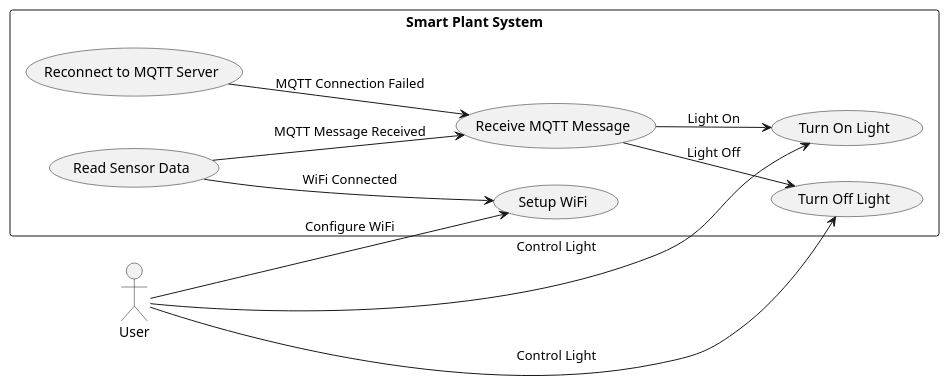
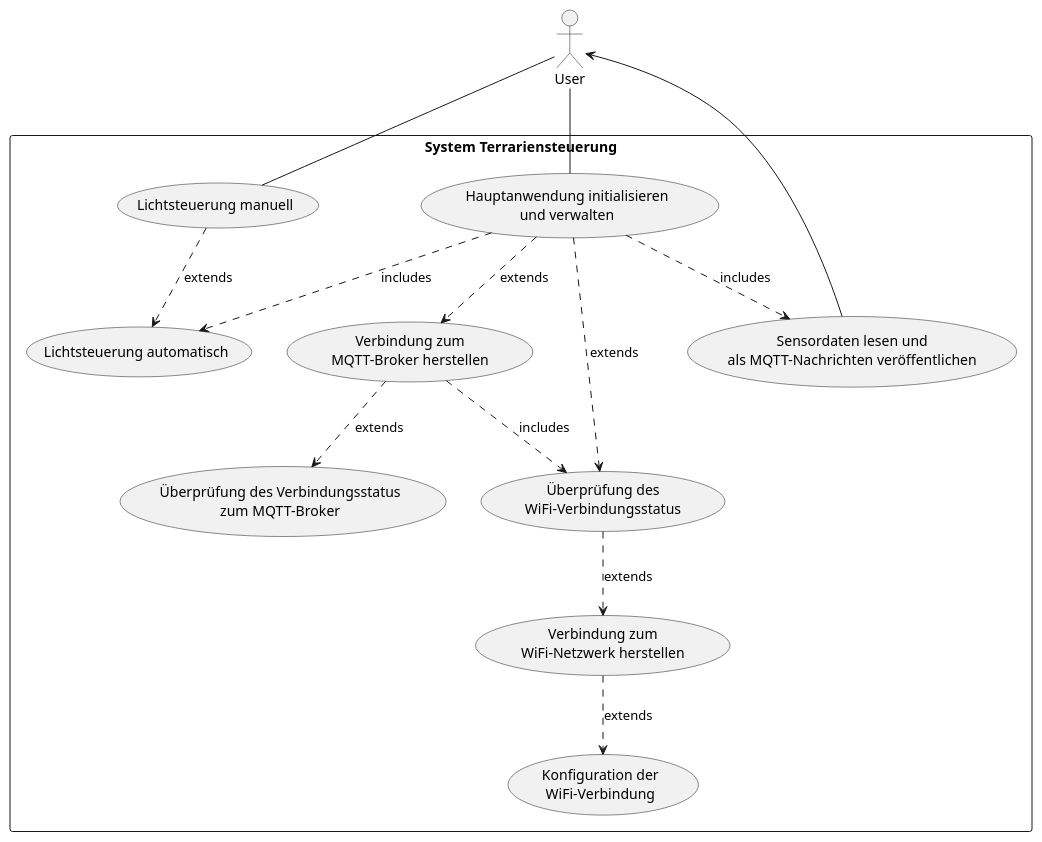
The diagram in documentation/UseCases.puml (doemefu/Terra1), drawn with PlantUML before and after one commit. The commit also changed 2 other files, not shown here.

```diff
--- a/documentation/UseCases.puml
+++ b/documentation/UseCases.puml
@@ -1,25 +1,34 @@
 @startuml
-
-left to right direction
 
 actor User
 
-rectangle "Smart Plant System" {
-  usecase "Setup WiFi" as UC1
-  usecase "Turn On Light" as UC2
-  usecase "Turn Off Light" as UC3
-  usecase "Receive MQTT Message" as UC4
-  usecase "Reconnect to MQTT Server" as UC5
-  usecase "Read Sensor Data" as UC6
-
-  User --> UC1: Configure WiFi
-  User --> UC2: Control Light
-  User --> UC3: Control Light
-  UC4 --> UC2: Light On
-  UC4 --> UC3: Light Off
-  UC5 --> UC4: MQTT Connection Failed
-  UC6 --> UC4: MQTT Message Received
-  UC6 --> UC1: WiFi Connected
+rectangle "System Terrariensteuerung" {
+    usecase UC1 as "Konfiguration der\nWiFi-Verbindung"
+    usecase UC2 as "Überprüfung des\nWiFi-Verbindungsstatus"
+    usecase UC3 as "Verbindung zum\nWiFi-Netzwerk herstellen"
+    usecase UC5 as "Verbindung zum\nMQTT-Broker herstellen"
+    usecase UC6 as "Überprüfung des Verbindungsstatus\nzum MQTT-Broker"
+    usecase UC7 as "Sensordaten lesen und\nals MQTT-Nachrichten veröffentlichen"
+    usecase UC8 as "Hauptanwendung initialisieren\nund verwalten"
+    usecase UC9 as "Lichtsteuerung automatisch"
+    usecase UC10 as "Lichtsteuerung manuell"
 }
 
+User -- UC8
+User -- UC10
+User <-- UC7
+
+UC8 ..> UC2 : extends
+UC2 ..> UC3 : extends
+UC3 ..> UC1 : extends
+
+UC8 ..> UC5 : extends
+UC5 ..> UC2 : includes
+UC8 ..> UC7 : includes
+
+UC10 ..> UC9 : extends
+
+UC5 ..> UC6 : extends
+
+UC8 ..> UC9 : includes
 @enduml
```
